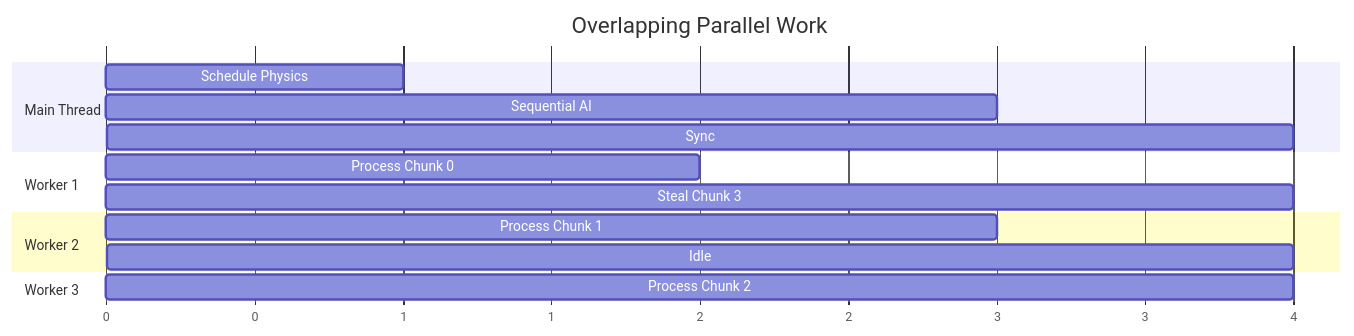
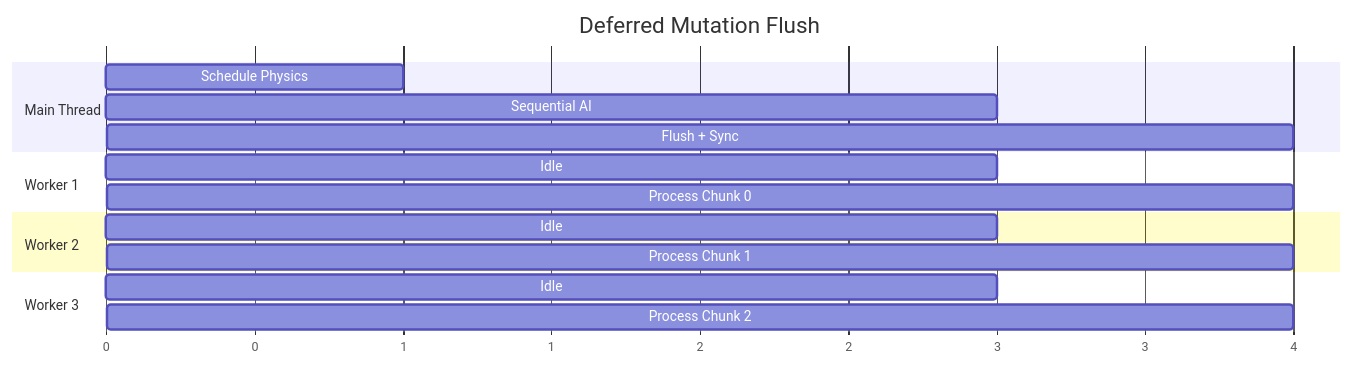
One commit to gilmar-sales/Freyr changed the second of 2 diagrams in docs/guides/parallel-processing.md. Above: the diagram before and after it, drawn with Mermaid. The commit also changed other lines of this file and 20 other files, not shown here.

````diff
--- a/docs/guides/parallel-processing.md
+++ b/docs/guides/parallel-processing.md
@@ -186,22 +199,23 @@
 ```mermaid
 gantt
-    title Overlapping Parallel Work
+    title Deferred Mutation Flush
     dateFormat  X
     axisFormat  %s
 
     section Main Thread
     Schedule Physics     : 0, 1
     Sequential AI        : 1, 3
-    Sync                 : 3, 4
+    Flush + Sync         : 3, 4
 
     section Worker 1
-    Process Chunk 0      : 0, 2
-    Steal Chunk 3        : 2, 4
+    Idle                 : 0, 3
+    Process Chunk 0      : 3, 4
 
     section Worker 2
-    Process Chunk 1      : 0, 3
-    Idle                 : 3, 4
+    Idle                 : 0, 3
+    Process Chunk 1      : 3, 4
 
     section Worker 3
-    Process Chunk 2      : 0, 4
+    Idle                 : 0, 3
+    Process Chunk 2      : 3, 4
 ```
````
